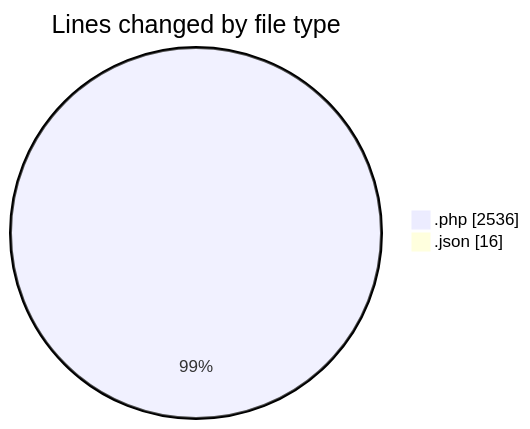
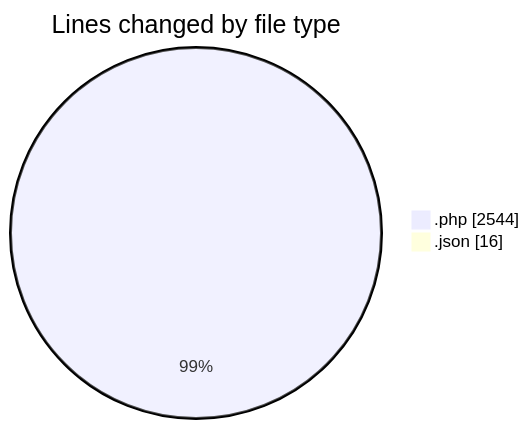
Before and after one commit to debugP/code-tracking: the first of 2 diagrams in 2025-10-22/untitled__workspace_/README.md, drawn with Mermaid. The commit also changed other lines of this file and 1 other file, not shown here.

````diff
--- a/2025-10-22/untitled__workspace_/README.md
+++ b/2025-10-22/untitled__workspace_/README.md
@@ -21,6 +21,6 @@
 ```mermaid
 pie showData
 title Lines changed by file type
-".php" : 2536
+".php" : 2544
 ".json" : 16
 ```
````
